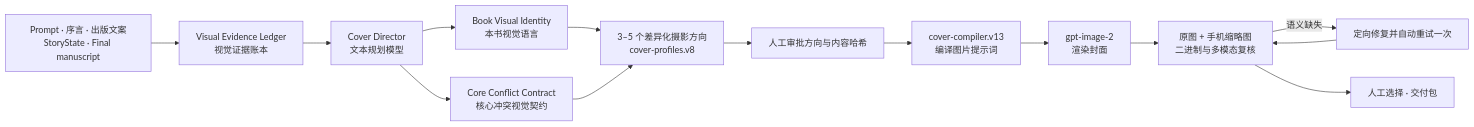
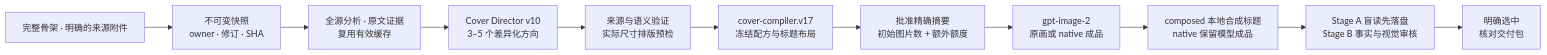
The fifth of 5 diagrams in README.md (maxliu9403/novel-os), drawn with Mermaid before and after one commit. The commit also changed other lines of this file and 333 other files, not shown here.

````diff
--- a/README.md
+++ b/README.md
@@ -523,15 +524,13 @@
 ```mermaid
 flowchart LR
-    S["Prompt · 序言 · 出版文案<br/>StoryState · Final manuscript"] --> E["Visual Evidence Ledger<br/>视觉证据账本"]
-    E --> D["Cover Director<br/>文本规划模型"]
-    D --> V["Book Visual Identity<br/>本书视觉语言"]
-    D --> C["Core Conflict Contract<br/>核心冲突视觉契约"]
-    V & C --> P["3–5 个差异化摄影方向<br/>cover-profiles.v8"]
-    P --> A["人工审批方向与内容哈希"]
-    A --> X["cover-compiler.v13<br/>编译图片提示词"]
-    X --> I["gpt-image-2<br/>渲染封面"]
-    I --> Q["原图 + 手机缩略图<br/>二进制与多模态复核"]
-    Q -->|语义缺失| R["定向修复并自动重试一次"]
-    R --> Q
-    Q --> H["人工选择 · 交付包"]
+    S["完整骨架 · 明确的来源附件"] --> F["不可变快照<br/>owner · 修订 · SHA"]
+    F --> E["全源分析 · 原文证据<br/>复用有效缓存"]
+    E --> D["Cover Director v10<br/>3–5 个差异化方向"]
+    D --> V["来源与语义验证<br/>实际尺寸排版预检"]
+    V --> X["cover-compiler.v17<br/>冻结配方与标题布局"]
+    X --> A["批准精确摘要<br/>初始图片数 + 额外额度"]
+    A --> I["gpt-image-2<br/>原画或 native 成品"]
+    I --> T["composed 本地合成标题<br/>native 保留模型成品"]
+    T --> Q["Stage A 盲读先落盘<br/>Stage B 事实与视觉审核"]
+    Q --> H["明确选中<br/>核对交付包"]
 ```
````
